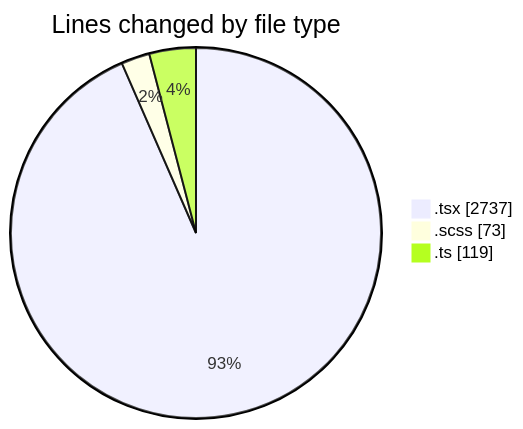
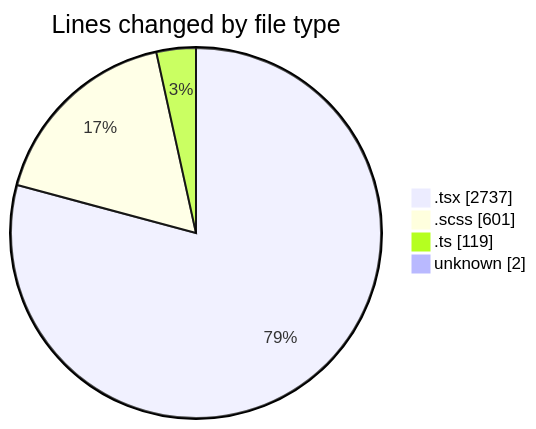
One commit to momahboobian/code-tracking changed the first of 2 diagrams in 2025-06-13/cda/README.md. Above: the diagram before and after it, drawn with Mermaid. The commit also changed other lines of this file and 1 other file, not shown here.

````diff
--- a/2025-06-13/cda/README.md
+++ b/2025-06-13/cda/README.md
@@ -29,7 +31,8 @@
 ```mermaid
 pie showData
 title Lines changed by file type
 ".tsx" : 2737
-".scss" : 73
+".scss" : 601
 ".ts" : 119
+"unknown" : 2
 ```
````
